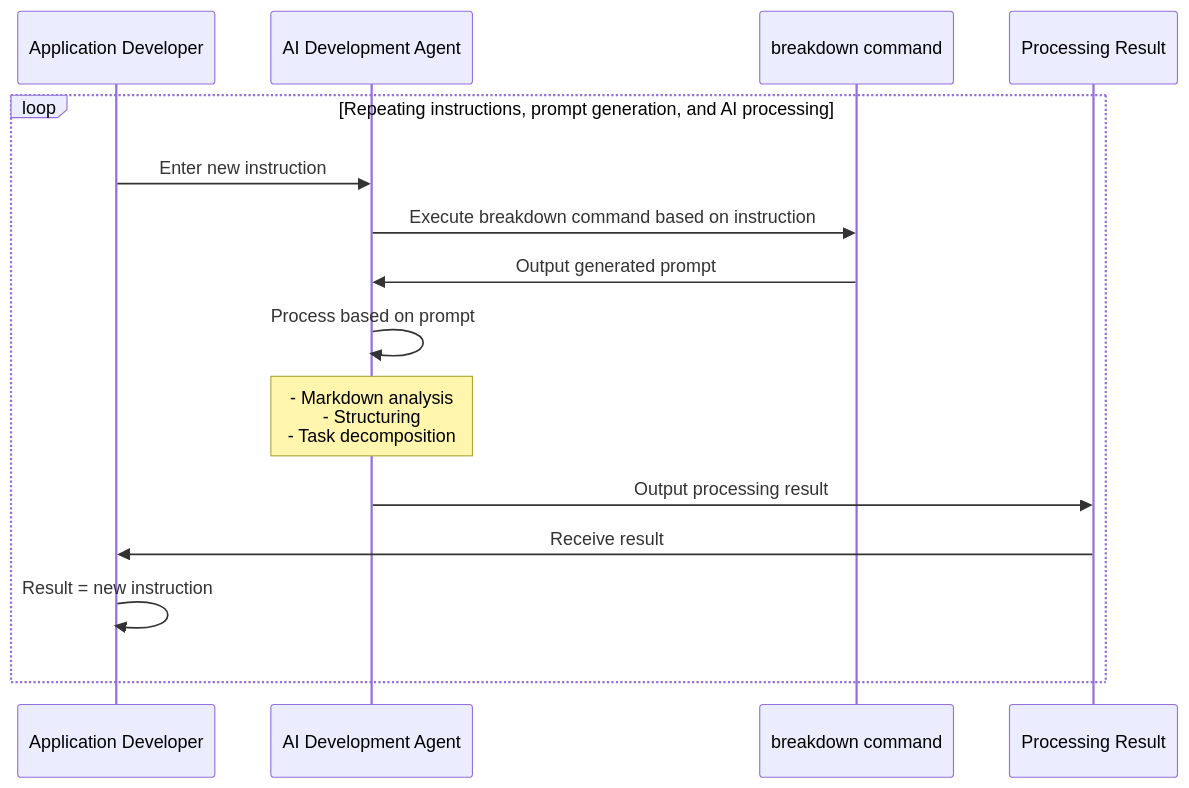
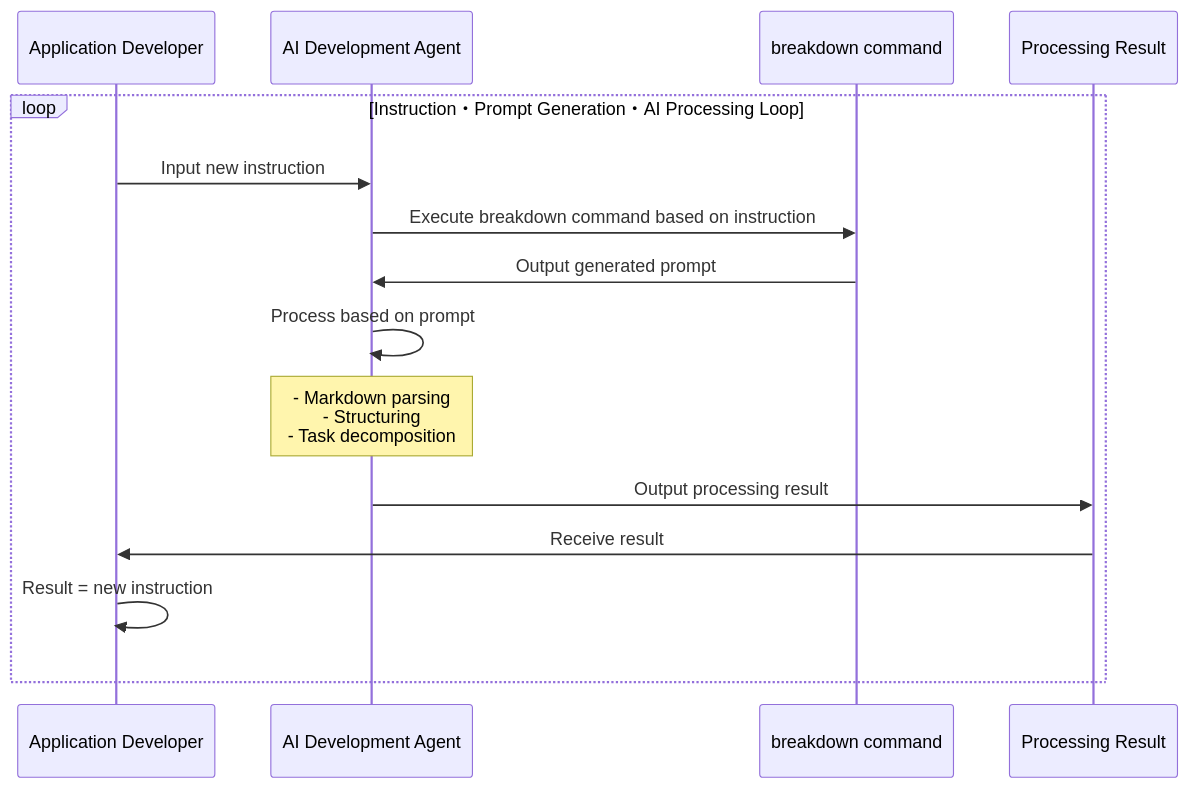
Before and after one commit to tettuan/breakdown: the second of 2 diagrams in docs/index.md, drawn with Mermaid. The commit also changed other lines of this file and 15 other files, not shown here.

````diff
--- a/docs/index.md
+++ b/docs/index.md
@@ -54,18 +56,18 @@
 ```mermaid
 sequenceDiagram
   participant Developer as Application Developer
   participant AI as AI Development Agent
   participant Breakdown as breakdown command
   participant Result as Processing Result
 
-  loop Repeating instructions, prompt generation, and AI processing
-    Developer->>AI: Enter new instruction
+  loop Instruction・Prompt Generation・AI Processing Loop
+    Developer->>AI: Input new instruction
     AI->>Breakdown: Execute breakdown command based on instruction
     Breakdown->>AI: Output generated prompt
     AI->>AI: Process based on prompt
-    Note over AI: - Markdown analysis<br>- Structuring<br>- Task decomposition
+    Note over AI: - Markdown parsing<br>- Structuring<br>- Task decomposition
     AI->>Result: Output processing result
     Result->>Developer: Receive result
     Developer->>Developer: Result = new instruction
   end
 ```
````
